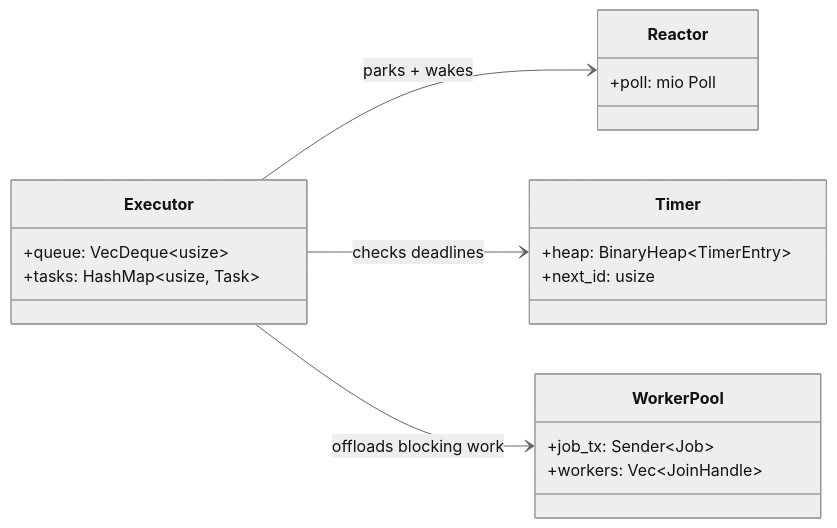
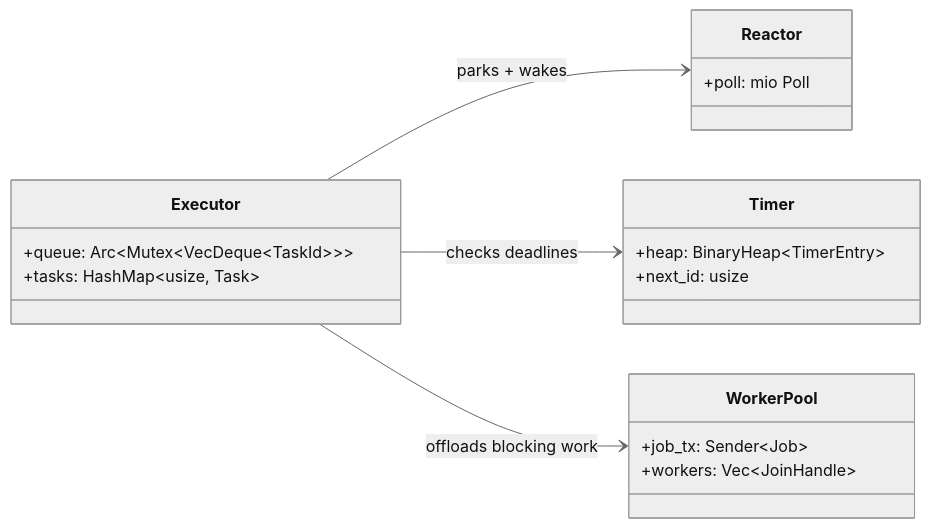
One commit to paulpeters144/mini-async-runtime changed the diagram in docs/toplevel-runtime-components.md. Above: the diagram before and after it, drawn with Mermaid (neutral theme). The commit also changed 12 other files, not shown here.

````diff
--- a/docs/toplevel-runtime-components.md
+++ b/docs/toplevel-runtime-components.md
@@ -5,27 +5,27 @@
 ```mermaid
 classDiagram
     direction LR
 
     class Executor {
-        +queue: VecDeque~usize~
+        +queue: Arc~Mutex~VecDeque~TaskId~~~
         +tasks: HashMap~usize, Task~
     }
 
     class Reactor {
         +poll: mio Poll
     }
 
     class Timer {
         +heap: BinaryHeap~TimerEntry~
         +next_id: usize
     }
 
     class WorkerPool {
         +job_tx: Sender~Job~
         +workers: Vec~JoinHandle~
     }
 
     Executor --> Reactor : parks + wakes
     Executor --> Timer : checks deadlines
     Executor --> WorkerPool : offloads blocking work
 ```
````
